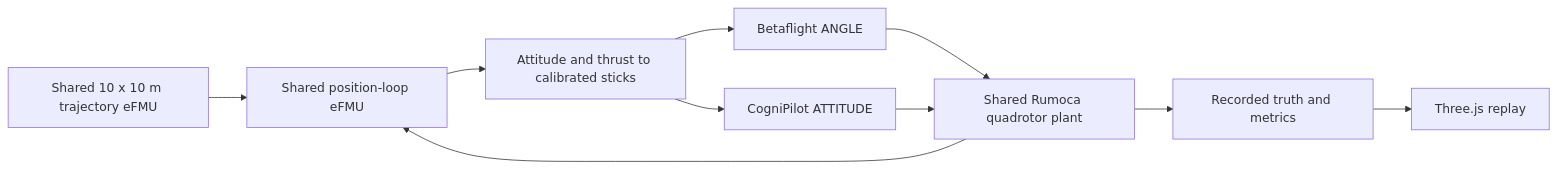
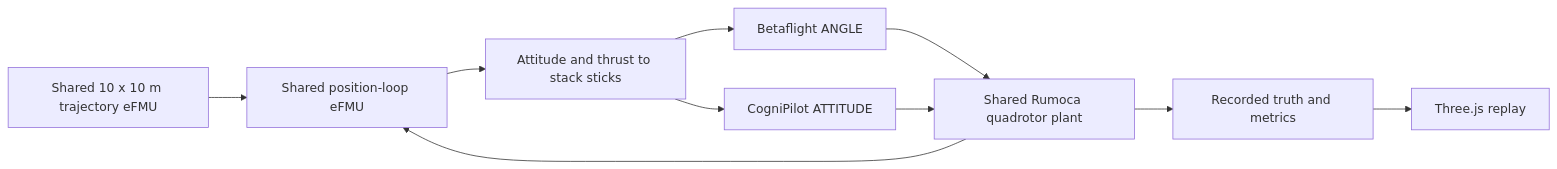
Before and after one commit to An1Sura/PURT-UAS_Autonomous_Drone_Racing_Workspace: the diagram in README.md, drawn with Mermaid. The commit also changed other lines of this file and 46 other files, not shown here.

````diff
--- a/README.md
+++ b/README.md
@@ -17,12 +17,12 @@
 ```mermaid
 flowchart LR
     T[Shared 10 x 10 m trajectory eFMU] --> C[Shared position-loop eFMU]
     P[Shared Rumoca quadrotor plant] --> C
-    C --> A[Attitude and thrust to calibrated sticks]
+    C --> A[Attitude and thrust to stack sticks]
     A --> BF[Betaflight ANGLE]
     A --> CG[CogniPilot ATTITUDE]
     BF --> P
     CG --> P
     P --> L[Recorded truth and metrics]
     L --> V[Three.js replay]
 ```
````
